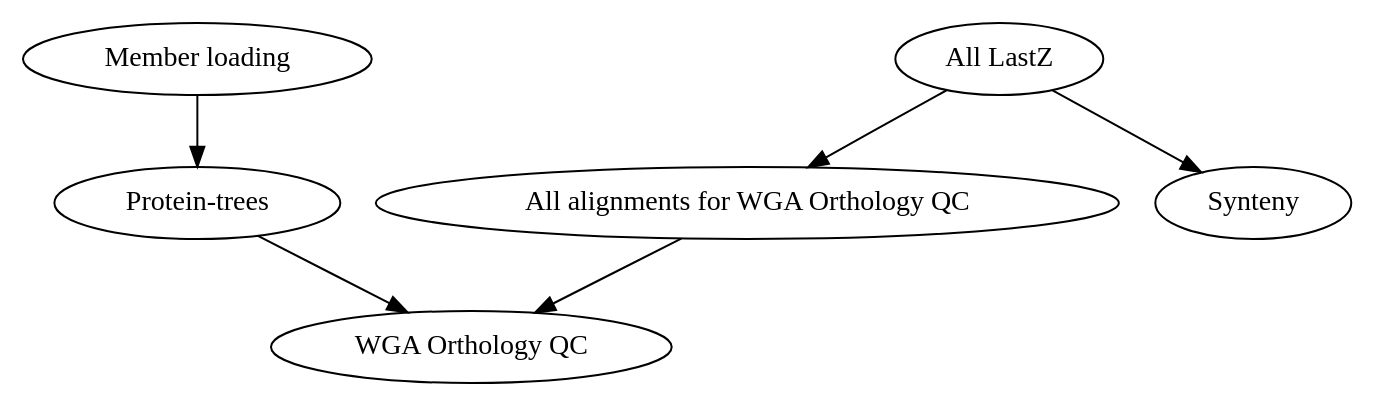
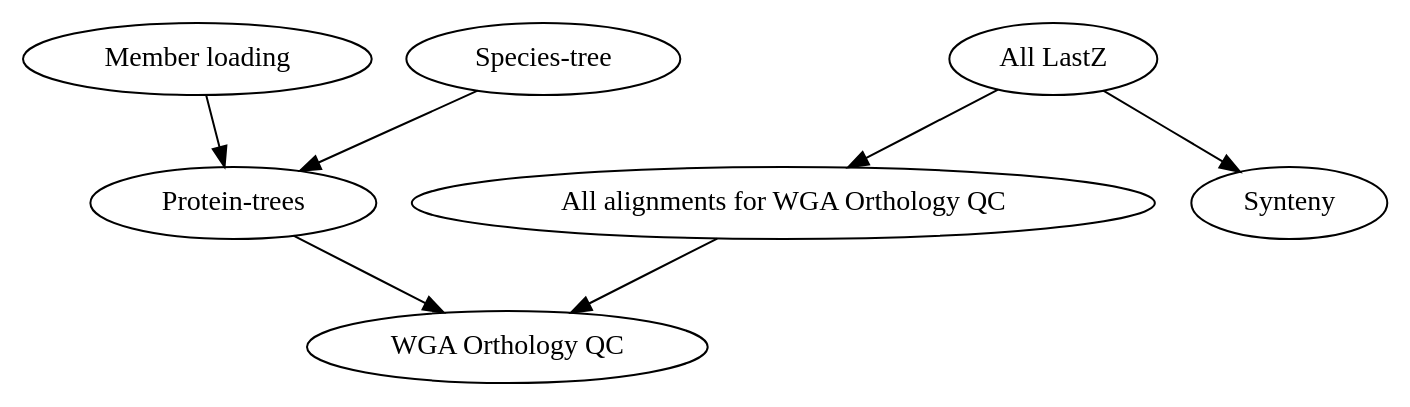
One commit to Ensembl/ensembl-compara changed the diagram in scripts/jira_tickets/compara_plants.dot. Above: the diagram before and after it, drawn with Graphviz.

Commit message:
Species-trees is a requirement of Protein-trees

```diff
--- a/scripts/jira_tickets/compara_plants.dot
+++ b/scripts/jira_tickets/compara_plants.dot
@@ -1,7 +1,8 @@
 digraph "EG_release" {
     "Member loading" -> "Protein-trees";
+    "Species-tree" -> "Protein-trees";
     "Protein-trees" -> "WGA Orthology QC";
     "All LastZ" -> {"All alignments for WGA Orthology QC", "Synteny"};
     "All alignments for WGA Orthology QC" -> "WGA Orthology QC";
     {rank = same; "All LastZ"; "Member loading"; }
 }
```
